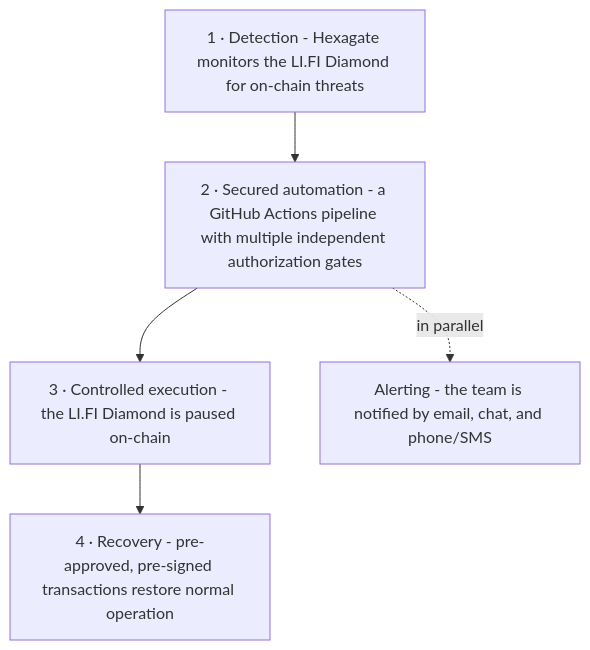
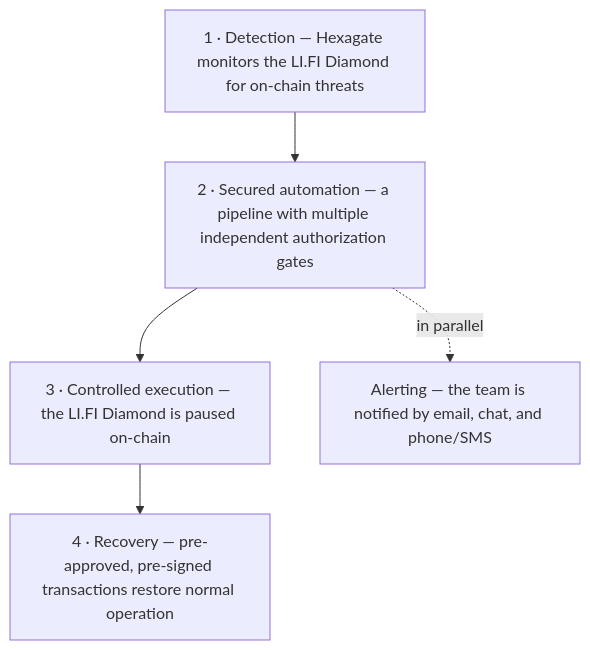
One commit to lifinance/contracts changed the diagram in docs/security/2026-05-28-emergency-pause-exercise-report.md. Above: the diagram before and after it, drawn with Mermaid. The commit also changed other lines of this file and 2 other files, not shown here.

````diff
--- a/docs/security/2026-05-28-emergency-pause-exercise-report.md
+++ b/docs/security/2026-05-28-emergency-pause-exercise-report.md
@@ -55,7 +62,7 @@
 ```mermaid
 flowchart TD
-    A["1 · Detection - Hexagate monitors the LI.FI Diamond for on-chain threats"] --> B["2 · Secured automation - a GitHub Actions pipeline with multiple independent authorization gates"]
-    B --> C["3 · Controlled execution - the LI.FI Diamond is paused on-chain"]
-    C --> D["4 · Recovery - pre-approved, pre-signed transactions restore normal operation"]
-    B -. in parallel .-> E["Alerting - the team is notified by email, chat, and phone/SMS"]
+    A["1 · Detection — Hexagate monitors the LI.FI Diamond for on-chain threats"] --> B["2 · Secured automation — a pipeline with multiple independent authorization gates"]
+    B --> C["3 · Controlled execution — the LI.FI Diamond is paused on-chain"]
+    C --> D["4 · Recovery — pre-approved, pre-signed transactions restore normal operation"]
+    B -. in parallel .-> E["Alerting — the team is notified by email, chat, and phone/SMS"]
 ```
````
